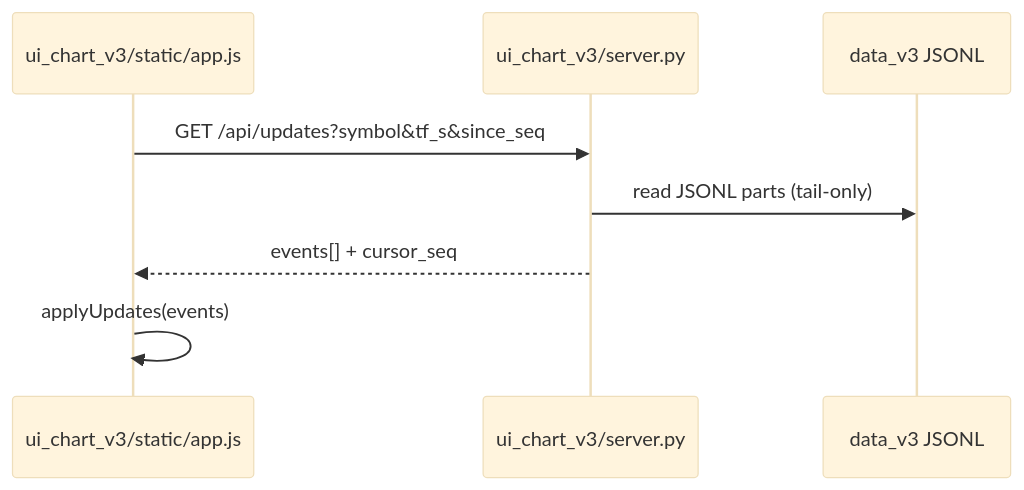
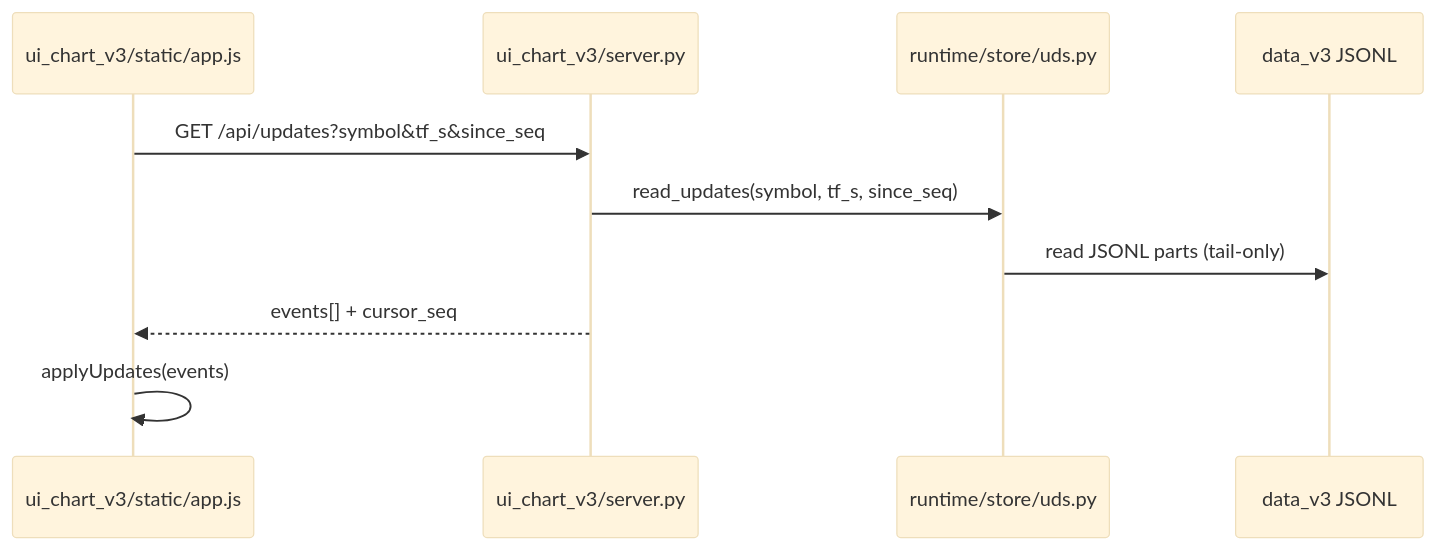
Before and after one commit to Std07-1/v3: the sixth of 7 diagrams in docs/system_current_overview.md, drawn with Mermaid (base theme). The commit also changed other lines of this file and 6 other files, not shown here.

Commit message:
UDS: range-запити більше не читаються через tail.

````diff
--- a/docs/system_current_overview.md
+++ b/docs/system_current_overview.md
@@ -98,11 +99,13 @@
 ```mermaid
 sequenceDiagram
     participant UI as ui_chart_v3/static/app.js
     participant API as ui_chart_v3/server.py
+    participant UDS as runtime/store/uds.py
     participant SSOT as data_v3 JSONL
 
     UI->>API: GET /api/updates?symbol&tf_s&since_seq
-    API->>SSOT: read JSONL parts (tail-only)
+    API->>UDS: read_updates(symbol, tf_s, since_seq)
+    UDS->>SSOT: read JSONL parts (tail-only)
     API-->>UI: events[] + cursor_seq
     UI->>UI: applyUpdates(events)
 ```
````
